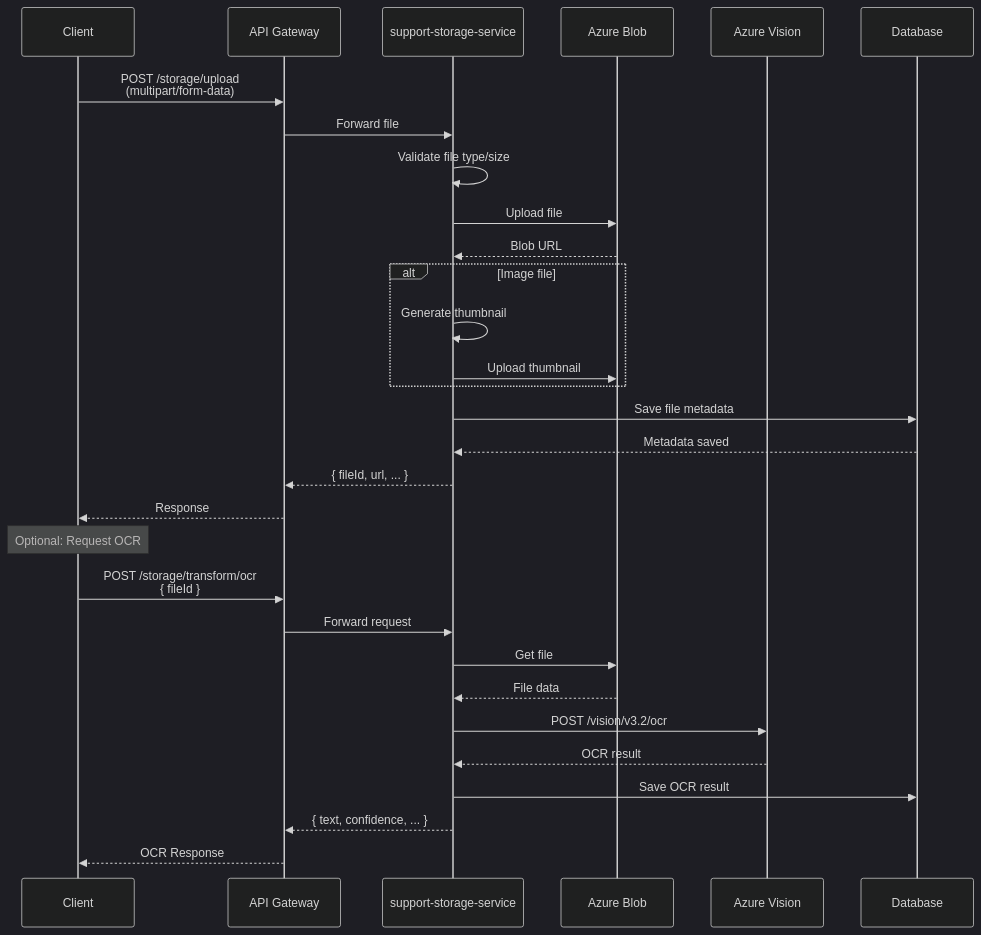
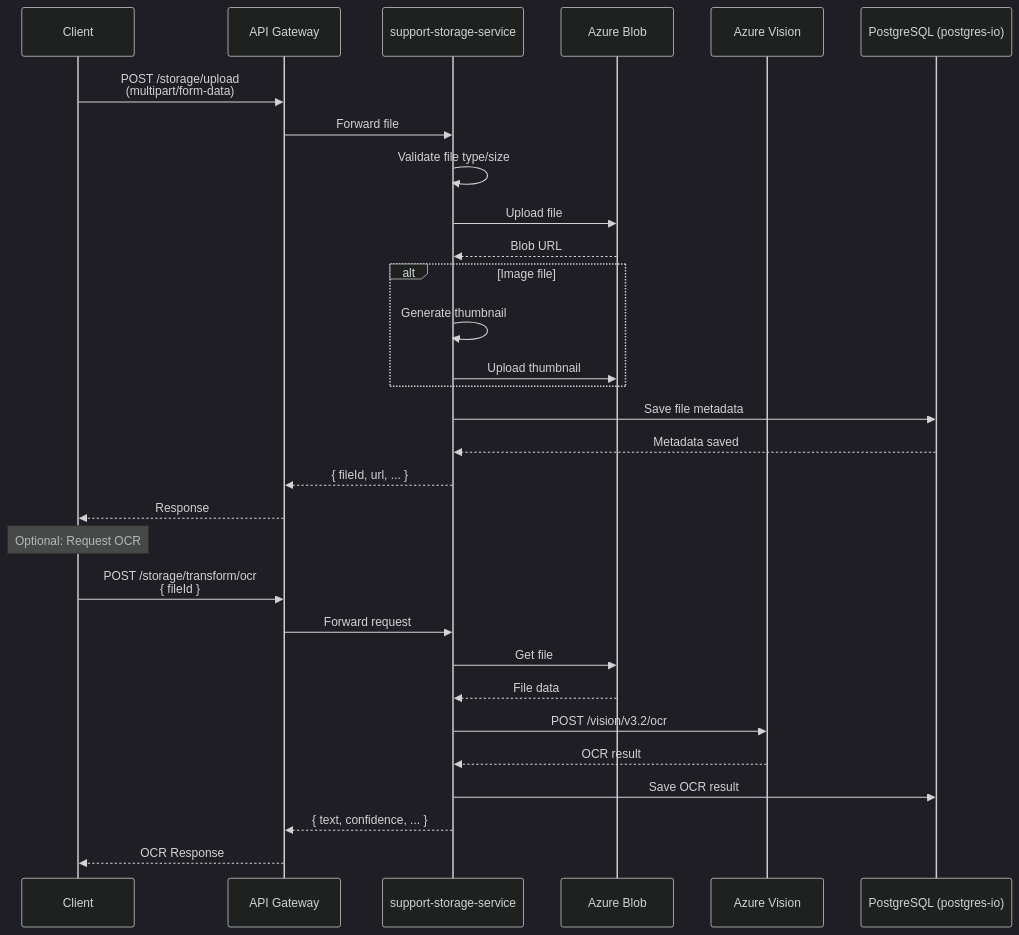
One commit to VisioBook-ESP/docs-architecture changed the fourth of 6 diagrams in microservices/support-storage-service.md. Above: the diagram before and after it, drawn with Mermaid (dark theme). The commit also changed other lines of this file and 15 other files, not shown here.

````diff
--- a/microservices/support-storage-service.md
+++ b/microservices/support-storage-service.md
@@ -352,42 +352,42 @@
 ```mermaid
 sequenceDiagram
     participant C as Client
     participant GW as API Gateway
     participant SS as support-storage-service
     participant BLOB as Azure Blob
     participant VISION as Azure Vision
-    participant DB as Database
+    participant PG as PostgreSQL (postgres-io)
 
     C->>GW: POST /storage/upload<br/>(multipart/form-data)
     GW->>SS: Forward file
 
     SS->>SS: Validate file type/size
     SS->>BLOB: Upload file
     BLOB-->>SS: Blob URL
 
     alt Image file
         SS->>SS: Generate thumbnail
         SS->>BLOB: Upload thumbnail
     end
 
-    SS->>DB: Save file metadata
-    DB-->>SS: Metadata saved
+    SS->>PG: Save file metadata
+    PG-->>SS: Metadata saved
 
     SS-->>GW: { fileId, url, ... }
     GW-->>C: Response
 
     Note over C: Optional: Request OCR
 
     C->>GW: POST /storage/transform/ocr<br/>{ fileId }
     GW->>SS: Forward request
 
     SS->>BLOB: Get file
     BLOB-->>SS: File data
 
     SS->>VISION: POST /vision/v3.2/ocr
     VISION-->>SS: OCR result
 
-    SS->>DB: Save OCR result
+    SS->>PG: Save OCR result
     SS-->>GW: { text, confidence, ... }
     GW-->>C: OCR Response
 ```
````
